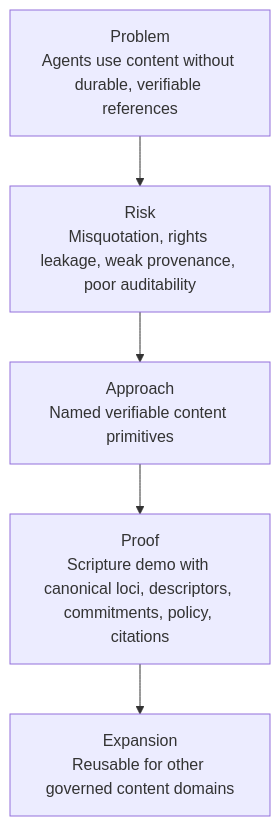
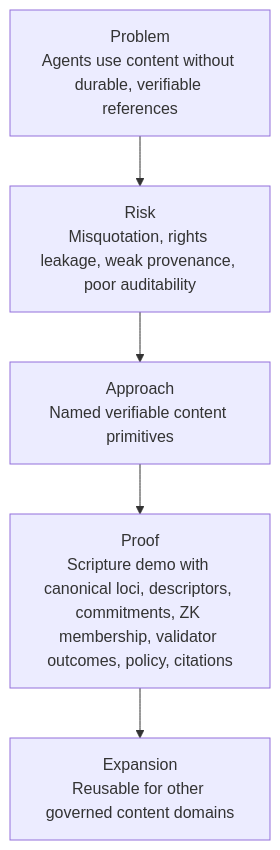
Before and after one commit to rpedersen3/verifiable-content-demo: the third of 3 diagrams in documents/branding-approach.md, drawn with Mermaid. The commit also changed other lines of this file and 9 other files, not shown here.

````diff
--- a/documents/branding-approach.md
+++ b/documents/branding-approach.md
@@ -170,10 +178,10 @@
 ```mermaid
 flowchart TD
   Problem["Problem\nAgents use content without durable, verifiable references"]
   Risk["Risk\nMisquotation, rights leakage, weak provenance, poor auditability"]
   Approach["Approach\nNamed verifiable content primitives"]
-  Proof["Proof\nScripture demo with canonical loci, descriptors, commitments, policy, citations"]
+  Proof["Proof\nScripture demo with canonical loci, descriptors, commitments, ZK membership, validator outcomes, policy, citations"]
   Expansion["Expansion\nReusable for other governed content domains"]
 
   Problem --> Risk --> Approach --> Proof --> Expansion
 ```
````
